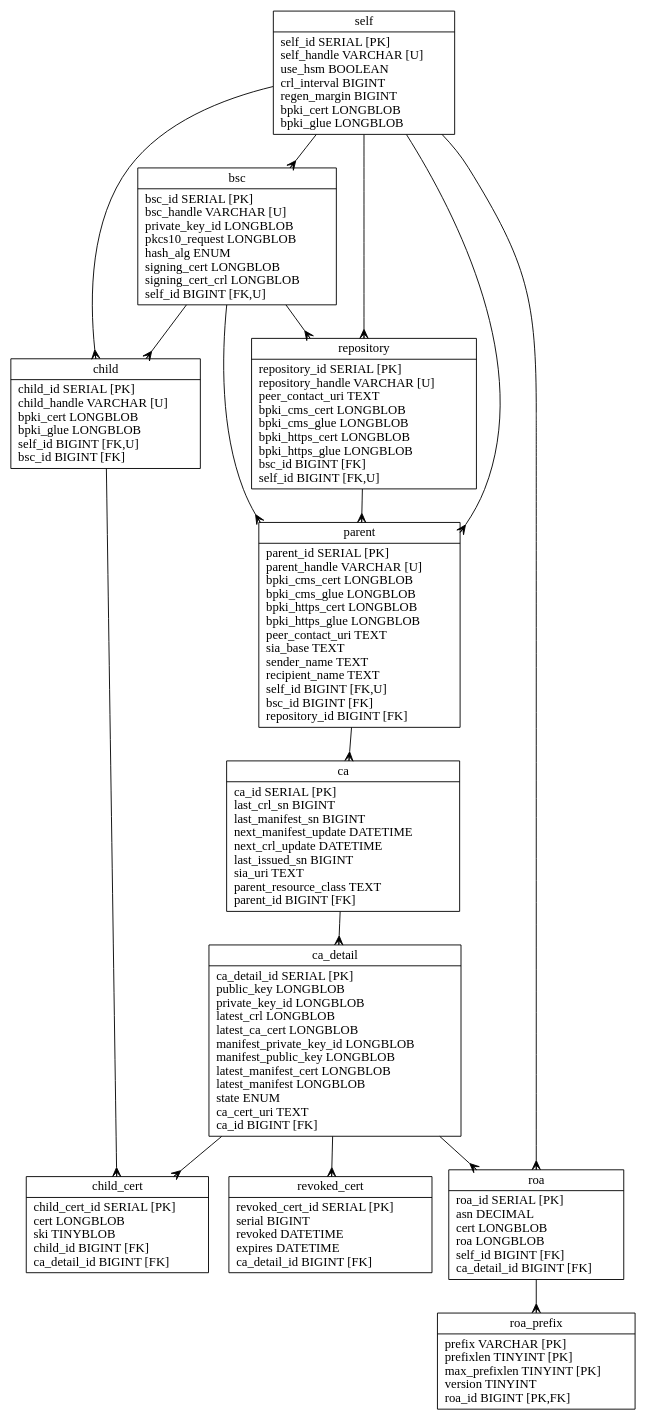
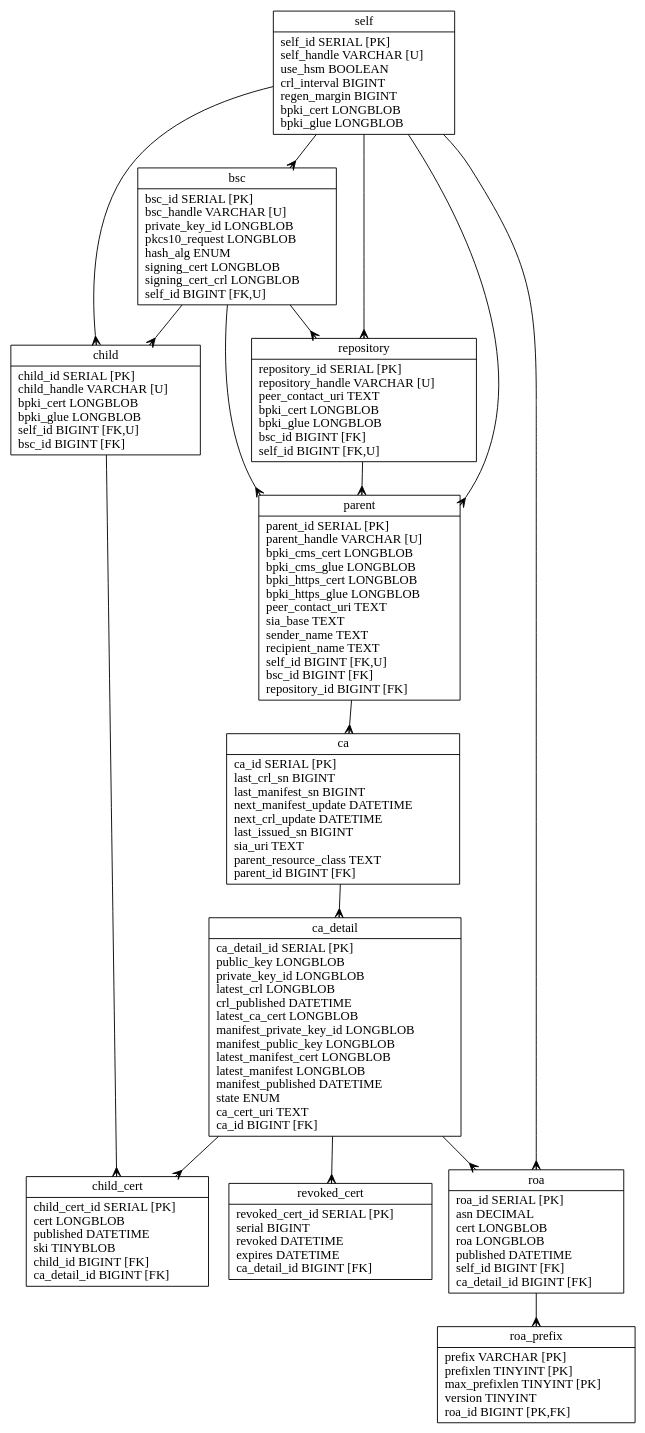
One commit to dragonresearch/rpki.net changed the diagram in rpkid/doc/rpkid.dot. Above: the diagram before and after it, drawn with Graphviz. The commit also changed 22 other files, not shown here.

```diff
--- a/rpkid/doc/rpkid.dot
+++ b/rpkid/doc/rpkid.dot
@@ -1,34 +1,34 @@
 // Automatically generated from rpkid.sql
 
 digraph test {
 	edge [arrowtail=none, arrowhead=crow];
 	graph [ratio=fill, overlap=false, bgcolor=white];
 	node [label="\N", fillcolor=white, shape=record, style=filled];
 	self [label="{self\n|self_id\ SERIAL\ [PK]\lself_handle\ VARCHAR\ [U]\luse_hsm\ BOOLEAN\lcrl_interval\ BIGINT\lregen_margin\ BIGINT\lbpki_cert\ LONGBLOB\lbpki_glue\ LONGBLOB\l}"];
 	bsc [label="{bsc\n|bsc_id\ SERIAL\ [PK]\lbsc_handle\ VARCHAR\ [U]\lprivate_key_id\ LONGBLOB\lpkcs10_request\ LONGBLOB\lhash_alg\ ENUM\lsigning_cert\ LONGBLOB\lsigning_cert_crl\ LONGBLOB\lself_id\ BIGINT\ [FK,U]\l}"];
-	repository [label="{repository\n|repository_id\ SERIAL\ [PK]\lrepository_handle\ VARCHAR\ [U]\lpeer_contact_uri\ TEXT\lbpki_cms_cert\ LONGBLOB\lbpki_cms_glue\ LONGBLOB\lbpki_https_cert\ LONGBLOB\lbpki_https_glue\ LONGBLOB\lbsc_id\ BIGINT\ [FK]\lself_id\ BIGINT\ [FK,U]\l}"];
+	repository [label="{repository\n|repository_id\ SERIAL\ [PK]\lrepository_handle\ VARCHAR\ [U]\lpeer_contact_uri\ TEXT\lbpki_cert\ LONGBLOB\lbpki_glue\ LONGBLOB\lbsc_id\ BIGINT\ [FK]\lself_id\ BIGINT\ [FK,U]\l}"];
 	parent [label="{parent\n|parent_id\ SERIAL\ [PK]\lparent_handle\ VARCHAR\ [U]\lbpki_cms_cert\ LONGBLOB\lbpki_cms_glue\ LONGBLOB\lbpki_https_cert\ LONGBLOB\lbpki_https_glue\ LONGBLOB\lpeer_contact_uri\ TEXT\lsia_base\ TEXT\lsender_name\ TEXT\lrecipient_name\ TEXT\lself_id\ BIGINT\ [FK,U]\lbsc_id\ BIGINT\ [FK]\lrepository_id\ BIGINT\ [FK]\l}"];
 	ca [label="{ca\n|ca_id\ SERIAL\ [PK]\llast_crl_sn\ BIGINT\llast_manifest_sn\ BIGINT\lnext_manifest_update\ DATETIME\lnext_crl_update\ DATETIME\llast_issued_sn\ BIGINT\lsia_uri\ TEXT\lparent_resource_class\ TEXT\lparent_id\ BIGINT\ [FK]\l}"];
-	ca_detail [label="{ca_detail\n|ca_detail_id\ SERIAL\ [PK]\lpublic_key\ LONGBLOB\lprivate_key_id\ LONGBLOB\llatest_crl\ LONGBLOB\llatest_ca_cert\ LONGBLOB\lmanifest_private_key_id\ LONGBLOB\lmanifest_public_key\ LONGBLOB\llatest_manifest_cert\ LONGBLOB\llatest_manifest\ LONGBLOB\lstate\ ENUM\lca_cert_uri\ TEXT\lca_id\ BIGINT\ [FK]\l}"];
+	ca_detail [label="{ca_detail\n|ca_detail_id\ SERIAL\ [PK]\lpublic_key\ LONGBLOB\lprivate_key_id\ LONGBLOB\llatest_crl\ LONGBLOB\lcrl_published\ DATETIME\llatest_ca_cert\ LONGBLOB\lmanifest_private_key_id\ LONGBLOB\lmanifest_public_key\ LONGBLOB\llatest_manifest_cert\ LONGBLOB\llatest_manifest\ LONGBLOB\lmanifest_published\ DATETIME\lstate\ ENUM\lca_cert_uri\ TEXT\lca_id\ BIGINT\ [FK]\l}"];
 	child [label="{child\n|child_id\ SERIAL\ [PK]\lchild_handle\ VARCHAR\ [U]\lbpki_cert\ LONGBLOB\lbpki_glue\ LONGBLOB\lself_id\ BIGINT\ [FK,U]\lbsc_id\ BIGINT\ [FK]\l}"];
-	child_cert [label="{child_cert\n|child_cert_id\ SERIAL\ [PK]\lcert\ LONGBLOB\lski\ TINYBLOB\lchild_id\ BIGINT\ [FK]\lca_detail_id\ BIGINT\ [FK]\l}"];
+	child_cert [label="{child_cert\n|child_cert_id\ SERIAL\ [PK]\lcert\ LONGBLOB\lpublished\ DATETIME\lski\ TINYBLOB\lchild_id\ BIGINT\ [FK]\lca_detail_id\ BIGINT\ [FK]\l}"];
 	revoked_cert [label="{revoked_cert\n|revoked_cert_id\ SERIAL\ [PK]\lserial\ BIGINT\lrevoked\ DATETIME\lexpires\ DATETIME\lca_detail_id\ BIGINT\ [FK]\l}"];
-	roa [label="{roa\n|roa_id\ SERIAL\ [PK]\lasn\ DECIMAL\lcert\ LONGBLOB\lroa\ LONGBLOB\lself_id\ BIGINT\ [FK]\lca_detail_id\ BIGINT\ [FK]\l}"];
+	roa [label="{roa\n|roa_id\ SERIAL\ [PK]\lasn\ DECIMAL\lcert\ LONGBLOB\lroa\ LONGBLOB\lpublished\ DATETIME\lself_id\ BIGINT\ [FK]\lca_detail_id\ BIGINT\ [FK]\l}"];
 	roa_prefix [label="{roa_prefix\n|prefix\ VARCHAR\ [PK]\lprefixlen\ TINYINT\ [PK]\lmax_prefixlen\ TINYINT\ [PK]\lversion\ TINYINT\lroa_id\ BIGINT\ [PK,FK]\l}"];
 	bsc -> child;
 	bsc -> parent;
 	bsc -> repository;
 	ca -> ca_detail;
 	ca_detail -> child_cert;
 	ca_detail -> revoked_cert;
 	ca_detail -> roa;
 	child -> child_cert;
 	parent -> ca;
 	repository -> parent;
 	roa -> roa_prefix;
 	self -> bsc;
 	self -> child;
 	self -> parent;
 	self -> repository;
 	self -> roa;
 }
```
